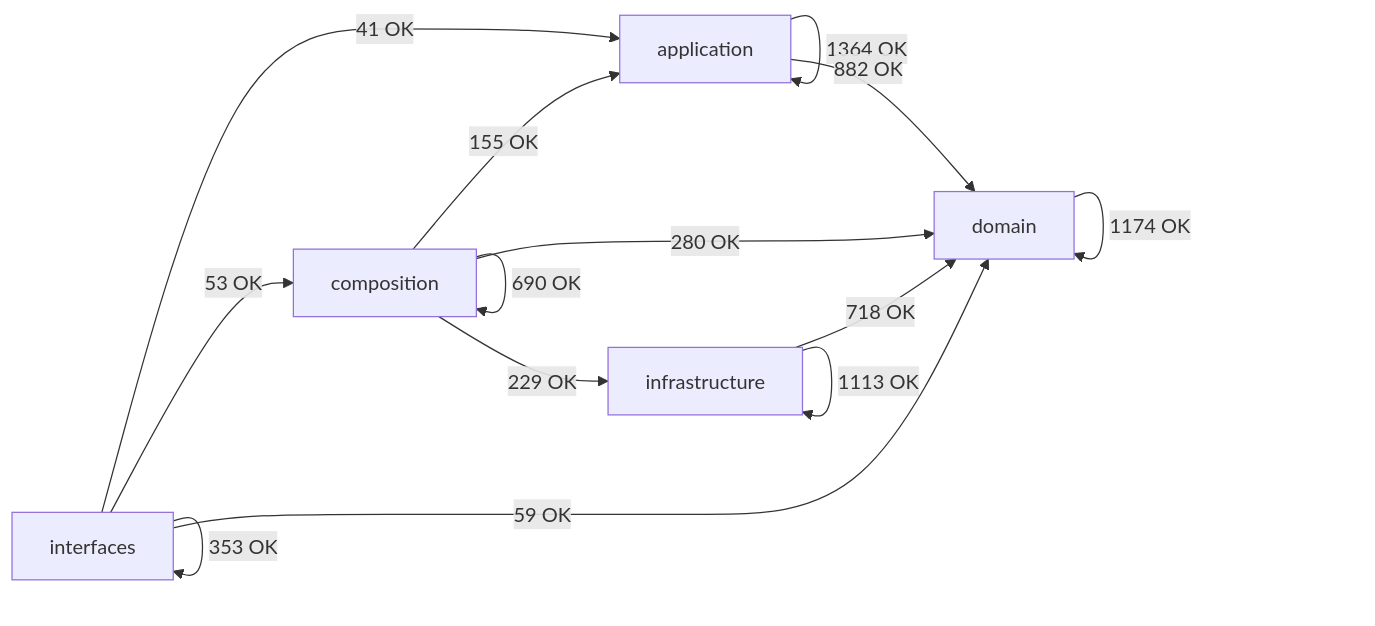
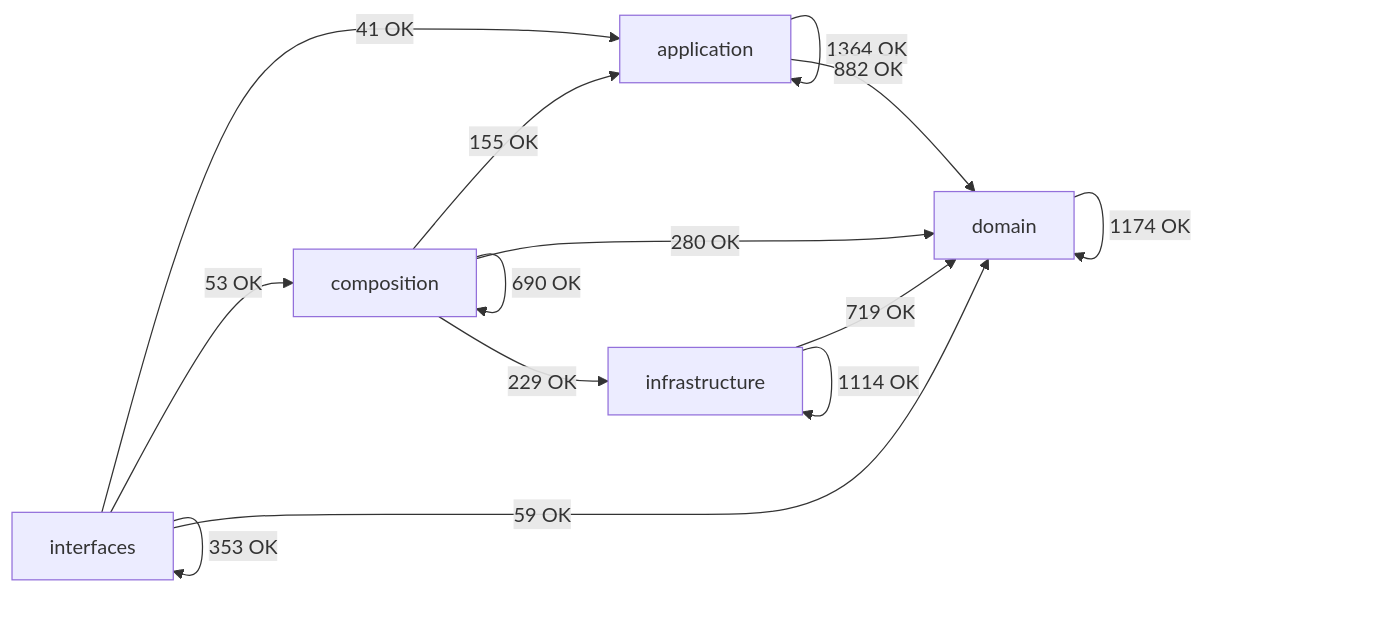
One commit to SatoryKono/BioactivityDataAcquisition changed the diagram in docs/02-architecture/generated/module-dependency-map.md. Above: the diagram before and after it, drawn with Mermaid. The commit also changed other lines of this file and 13 other files, not shown here.

````diff
--- a/docs/02-architecture/generated/module-dependency-map.md
+++ b/docs/02-architecture/generated/module-dependency-map.md
@@ -17,21 +17,21 @@
 ```mermaid
 flowchart LR
     domain[domain]
     application[application]
     infrastructure[infrastructure]
     composition[composition]
     interfaces[interfaces]
     application -->|1364 OK| application
     application -->|882 OK| domain
     composition -->|155 OK| application
     composition -->|690 OK| composition
     composition -->|280 OK| domain
     composition -->|229 OK| infrastructure
     domain -->|1174 OK| domain
-    infrastructure -->|718 OK| domain
-    infrastructure -->|1113 OK| infrastructure
+    infrastructure -->|719 OK| domain
+    infrastructure -->|1114 OK| infrastructure
     interfaces -->|41 OK| application
     interfaces -->|53 OK| composition
     interfaces -->|59 OK| domain
     interfaces -->|353 OK| interfaces
 ```
````
